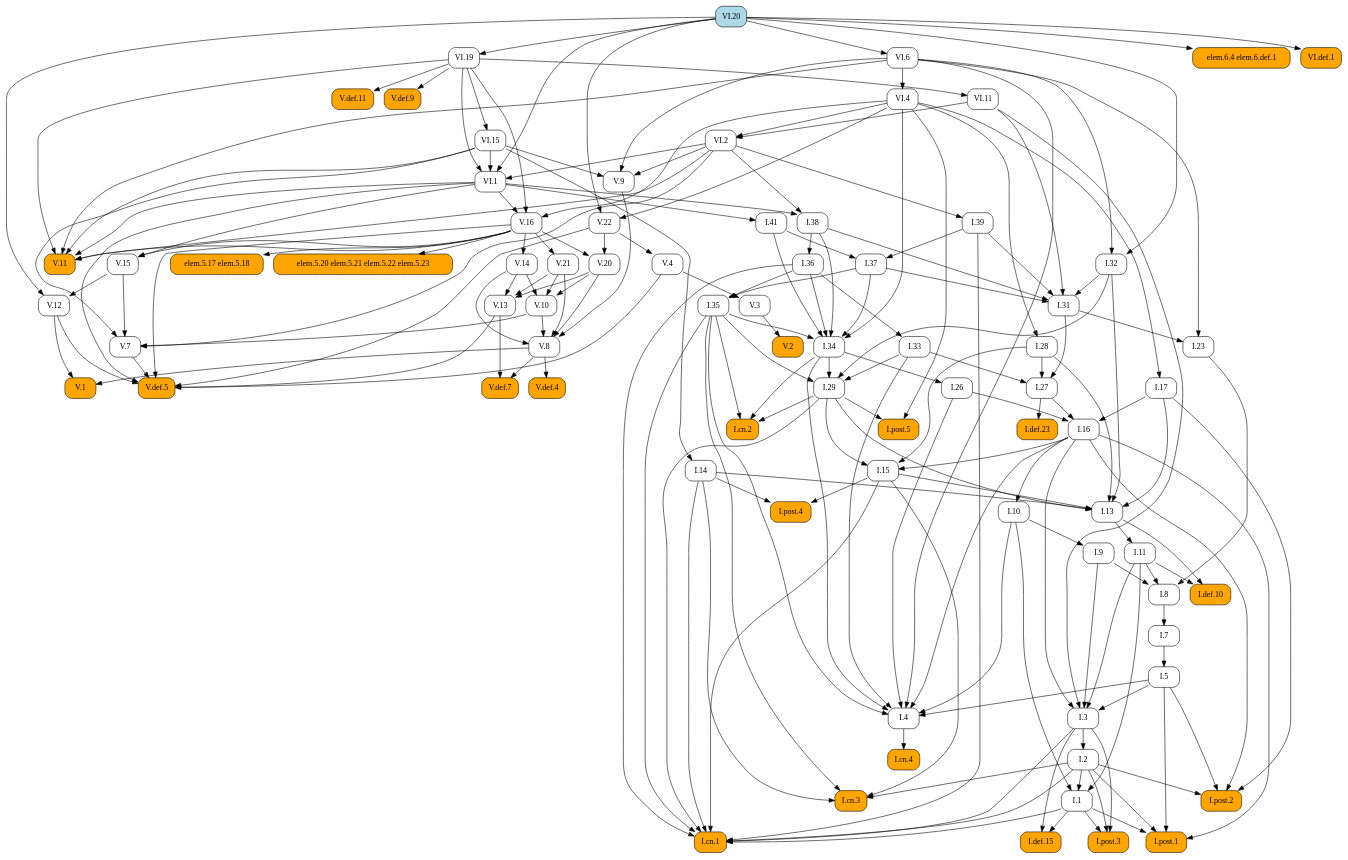
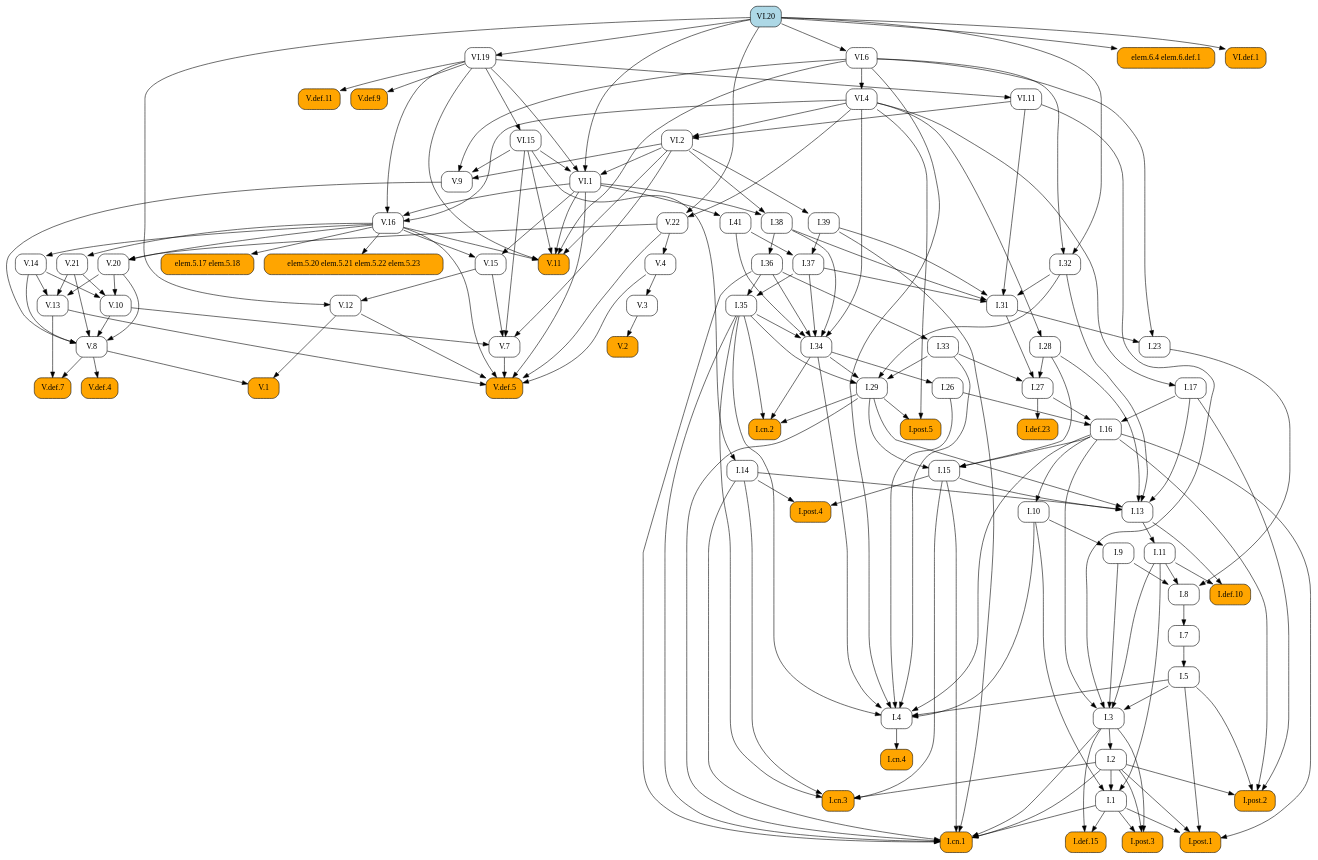
The diagram in docsrc/elements2/VI/20/index.rst (geometor/elements), drawn with Graphviz before and after one commit. The commit also changed other lines of this file and 409 other files, not shown here.

First line of the commit message:
feat: Add image cropping and graphic extraction script

```diff
--- a/docsrc/elements2/VI/20/index.rst
+++ b/docsrc/elements2/VI/20/index.rst
@@ -163,223 +163,107 @@
    digraph {
      rankdir="TB";
      node [shape=box, style=rounded];
+     "I.31" [URL="/elements2/I/31/", target="_top"];
+     "I.41" [URL="/elements2/I/41/", target="_top"];
+     "V.10" [URL="/elements2/V/10/", target="_top"];
+     "I.8" [URL="/elements2/I/8/", target="_top"];
+     "I.15" [URL="/elements2/I/15/", target="_top"];
+     "VI.1" [URL="/elements2/VI/1/", target="_top"];
+     "V.8" [URL="/elements2/V/8/", target="_top"];
+     "I.26" [URL="/elements2/I/26/", target="_top"];
+     "I.cn.1" [style="rounded,filled", fillcolor=orange, URL="/elements2/I/cn.1/", target="_top"];
+     "elem.5.20 elem.5.21 elem.5.22 elem.5.23" [style="rounded,filled", fillcolor=orange];
+     "VI.11" [URL="/elements2/VI/11/", target="_top"];
+     "I.28" [URL="/elements2/I/28/", target="_top"];
+     "V.def.5" [style="rounded,filled", fillcolor=orange, URL="/elements2/V/def.5/", target="_top"];
+     "I.16" [URL="/elements2/I/16/", target="_top"];
+     "I.35" [URL="/elements2/I/35/", target="_top"];
+     "I.34" [URL="/elements2/I/34/", target="_top"];
+     "VI.4" [URL="/elements2/VI/4/", target="_top"];
+     "I.33" [URL="/elements2/I/33/", target="_top"];
+     "V.15" [URL="/elements2/V/15/", target="_top"];
+     "V.4" [URL="/elements2/V/4/", target="_top"];
+     "V.3" [URL="/elements2/V/3/", target="_top"];
+     "V.14" [URL="/elements2/V/14/", target="_top"];
+     "elem.5.17 elem.5.18" [style="rounded,filled", fillcolor=orange];
+     "I.def.15" [style="rounded,filled", fillcolor=orange, URL="/elements2/I/def.15/", target="_top"];
+     "I.11" [URL="/elements2/I/11/", target="_top"];
+     "I.14" [URL="/elements2/I/14/", target="_top"];
+     "V.11" [style="rounded,filled", fillcolor=orange, URL="/elements2/V/11/", target="_top"];
+     "I.cn.3" [style="rounded,filled", fillcolor=orange, URL="/elements2/I/cn.3/", target="_top"];
+     "I.9" [URL="/elements2/I/9/", target="_top"];
+     "I.29" [URL="/elements2/I/29/", target="_top"];
+     "V.13" [URL="/elements2/V/13/", target="_top"];
+     "I.36" [URL="/elements2/I/36/", target="_top"];
+     "I.post.1" [style="rounded,filled", fillcolor=orange, URL="/elements2/I/post.1/", target="_top"];
+     "V.def.11" [style="rounded,filled", fillcolor=orange, URL="/elements2/V/def.11/", target="_top"];
+     "V.def.4" [style="rounded,filled", fillcolor=orange, URL="/elements2/V/def.4/", target="_top"];
+     "VI.2" [URL="/elements2/VI/2/", target="_top"];
+     "I.27" [URL="/elements2/I/27/", target="_top"];
+     "V.1" [style="rounded,filled", fillcolor=orange, URL="/elements2/V/1/", target="_top"];
+     "elem.6.4 elem.6.def.1" [style="rounded,filled", fillcolor=orange];
+     "I.post.4" [style="rounded,filled", fillcolor=orange, URL="/elements2/I/post.4/", target="_top"];
+     "I.cn.2" [style="rounded,filled", fillcolor=orange, URL="/elements2/I/cn.2/", target="_top"];
+     "V.7" [URL="/elements2/V/7/", target="_top"];
+     "I.cn.4" [style="rounded,filled", fillcolor=orange, URL="/elements2/I/cn.4/", target="_top"];
+     "I.37" [URL="/elements2/I/37/", target="_top"];
+     "V.21" [URL="/elements2/V/21/", target="_top"];
+     "VI.19" [URL="/elements2/VI/19/", target="_top"];
+     "I.5" [URL="/elements2/I/5/", target="_top"];
+     "V.def.7" [style="rounded,filled", fillcolor=orange, URL="/elements2/V/def.7/", target="_top"];
+     "V.12" [URL="/elements2/V/12/", target="_top"];
+     "V.def.9" [style="rounded,filled", fillcolor=orange, URL="/elements2/V/def.9/", target="_top"];
+     "I.17" [URL="/elements2/I/17/", target="_top"];
+     "VI.20" [style="rounded,filled", fillcolor=lightblue, URL="/elements2/VI/20/", target="_top"];
+     "I.32" [URL="/elements2/I/32/", target="_top"];
+     "I.7" [URL="/elements2/I/7/", target="_top"];
+     "I.23" [URL="/elements2/I/23/", target="_top"];
+     "VI.15" [URL="/elements2/VI/15/", target="_top"];
+     "V.9" [URL="/elements2/V/9/", target="_top"];
+     "VI.6" [URL="/elements2/VI/6/", target="_top"];
+     "V.2" [style="rounded,filled", fillcolor=orange, URL="/elements2/V/2/", target="_top"];
+     "I.38" [URL="/elements2/I/38/", target="_top"];
      "V.20" [URL="/elements2/V/20/", target="_top"];
-     "I.8" [URL="/elements2/I/8/", target="_top"];
-     "VI.19" [URL="/elements2/VI/19/", target="_top"];
-     "VI.15" [URL="/elements2/VI/15/", target="_top"];
-     "I.36" [URL="/elements2/I/36/", target="_top"];
-     "V.def.5" [style="rounded,filled", fillcolor=orange, URL="/elements2/V/def.5/", target="_top"];
-     "I.38" [URL="/elements2/I/38/", target="_top"];
+     "I.def.10" [style="rounded,filled", fillcolor=orange, URL="/elements2/I/def.10/", target="_top"];
+     "I.def.23" [style="rounded,filled", fillcolor=orange, URL="/elements2/I/def.23/", target="_top"];
+     "V.16" [URL="/elements2/V/16/", target="_top"];
      "I.post.5" [style="rounded,filled", fillcolor=orange, URL="/elements2/I/post.5/", target="_top"];
-     "I.def.10" [style="rounded,filled", fillcolor=orange, URL="/elements2/I/def.10/", target="_top"];
-     "I.cn.2" [style="rounded,filled", fillcolor=orange, URL="/elements2/I/cn.2/", target="_top"];
-     "VI.11" [URL="/elements2/VI/11/", target="_top"];
-     "V.4" [URL="/elements2/V/4/", target="_top"];
-     "elem.6.4 elem.6.def.1" [style="rounded,filled", fillcolor=orange];
-     "VI.20" [style="rounded,filled", fillcolor=lightblue, URL="/elements2/VI/20/", target="_top"];
-     "I.31" [URL="/elements2/I/31/", target="_top"];
+     "I.3" [URL="/elements2/I/3/", target="_top"];
+     "I.10" [URL="/elements2/I/10/", target="_top"];
+     "I.13" [URL="/elements2/I/13/", target="_top"];
+     "I.4" [URL="/elements2/I/4/", target="_top"];
+     "I.post.3" [style="rounded,filled", fillcolor=orange, URL="/elements2/I/post.3/", target="_top"];
+     "I.39" [URL="/elements2/I/39/", target="_top"];
+     "I.2" [URL="/elements2/I/2/", target="_top"];
+     "VI.def.1" [style="rounded,filled", fillcolor=orange, URL="/elements2/VI/def.1/", target="_top"];
+     "I.1" [URL="/elements2/I/1/", target="_top"];
      "I.post.2" [style="rounded,filled", fillcolor=orange, URL="/elements2/I/post.2/", target="_top"];
-     "I.def.23" [style="rounded,filled", fillcolor=orange, URL="/elements2/I/def.23/", target="_top"];
-     "I.26" [URL="/elements2/I/26/", target="_top"];
-     "V.3" [URL="/elements2/V/3/", target="_top"];
-     "I.cn.3" [style="rounded,filled", fillcolor=orange, URL="/elements2/I/cn.3/", target="_top"];
-     "V.2" [style="rounded,filled", fillcolor=orange, URL="/elements2/V/2/", target="_top"];
-     "V.12" [URL="/elements2/V/12/", target="_top"];
      "V.22" [URL="/elements2/V/22/", target="_top"];
-     "I.41" [URL="/elements2/I/41/", target="_top"];
-     "I.35" [URL="/elements2/I/35/", target="_top"];
-     "I.28" [URL="/elements2/I/28/", target="_top"];
-     "I.27" [URL="/elements2/I/27/", target="_top"];
-     "I.4" [URL="/elements2/I/4/", target="_top"];
-     "V.8" [URL="/elements2/V/8/", target="_top"];
-     "VI.2" [URL="/elements2/VI/2/", target="_top"];
-     "I.39" [URL="/elements2/I/39/", target="_top"];
-     "I.15" [URL="/elements2/I/15/", target="_top"];
-     "V.def.11" [style="rounded,filled", fillcolor=orange, URL="/elements2/V/def.11/", target="_top"];
-     "I.34" [URL="/elements2/I/34/", target="_top"];
-     "I.post.3" [style="rounded,filled", fillcolor=orange, URL="/elements2/I/post.3/", target="_top"];
-     "I.32" [URL="/elements2/I/32/", target="_top"];
-     "V.def.4" [style="rounded,filled", fillcolor=orange, URL="/elements2/V/def.4/", target="_top"];
-     "I.14" [URL="/elements2/I/14/", target="_top"];
-     "I.post.1" [style="rounded,filled", fillcolor=orange, URL="/elements2/I/post.1/", target="_top"];
-     "I.33" [URL="/elements2/I/33/", target="_top"];
-     "I.5" [URL="/elements2/I/5/", target="_top"];
-     "elem.5.17 elem.5.18" [style="rounded,filled", fillcolor=orange];
-     "VI.1" [URL="/elements2/VI/1/", target="_top"];
-     "V.11" [style="rounded,filled", fillcolor=orange, URL="/elements2/V/11/", target="_top"];
-     "V.13" [URL="/elements2/V/13/", target="_top"];
-     "V.9" [URL="/elements2/V/9/", target="_top"];
-     "V.16" [URL="/elements2/V/16/", target="_top"];
-     "I.def.15" [style="rounded,filled", fillcolor=orange, URL="/elements2/I/def.15/", target="_top"];
-     "V.15" [URL="/elements2/V/15/", target="_top"];
-     "I.11" [URL="/elements2/I/11/", target="_top"];
-     "I.3" [URL="/elements2/I/3/", target="_top"];
-     "V.14" [URL="/elements2/V/14/", target="_top"];
-     "VI.4" [URL="/elements2/VI/4/", target="_top"];
-     "V.10" [URL="/elements2/V/10/", target="_top"];
-     "I.1" [URL="/elements2/I/1/", target="_top"];
-     "I.cn.4" [style="rounded,filled", fillcolor=orange, URL="/elements2/I/cn.4/", target="_top"];
-     "I.23" [URL="/elements2/I/23/", target="_top"];
-     "I.7" [URL="/elements2/I/7/", target="_top"];
-     "I.17" [URL="/elements2/I/17/", target="_top"];
-     "I.9" [URL="/elements2/I/9/", target="_top"];
-     "V.def.9" [style="rounded,filled", fillcolor=orange, URL="/elements2/V/def.9/", target="_top"];
-     "V.1" [style="rounded,filled", fillcolor=orange, URL="/elements2/V/1/", target="_top"];
-     "I.cn.1" [style="rounded,filled", fillcolor=orange, URL="/elements2/I/cn.1/", target="_top"];
-     "I.29" [URL="/elements2/I/29/", target="_top"];
-     "I.16" [URL="/elements2/I/16/", target="_top"];
-     "V.7" [URL="/elements2/V/7/", target="_top"];
-     "I.13" [URL="/elements2/I/13/", target="_top"];
-     "V.21" [URL="/elements2/V/21/", target="_top"];
-     "elem.5.20 elem.5.21 elem.5.22 elem.5.23" [style="rounded,filled", fillcolor=orange];
-     "I.post.4" [style="rounded,filled", fillcolor=orange, URL="/elements2/I/post.4/", target="_top"];
-     "VI.def.1" [style="rounded,filled", fillcolor=orange, URL="/elements2/VI/def.1/", target="_top"];
-     "I.2" [URL="/elements2/I/2/", target="_top"];
-     "I.37" [URL="/elements2/I/37/", target="_top"];
-     "I.10" [URL="/elements2/I/10/", target="_top"];
-     "V.def.7" [style="rounded,filled", fillcolor=orange, URL="/elements2/V/def.7/", target="_top"];
-     "VI.6" [URL="/elements2/VI/6/", target="_top"];
-     "V.16" -> "V.20";
-     "V.22" -> "V.20";
-     "I.9" -> "I.8";
-     "I.11" -> "I.8";
-     "I.23" -> "I.8";
-     "VI.20" -> "VI.19";
-     "VI.19" -> "VI.15";
-     "I.38" -> "I.36";
-     "V.4" -> "V.def.5";
-     "V.7" -> "V.def.5";
-     "V.12" -> "V.def.5";
-     "V.13" -> "V.def.5";
-     "V.16" -> "V.def.5";
-     "V.22" -> "V.def.5";
-     "VI.1" -> "V.def.5";
-     "VI.1" -> "I.38";
-     "VI.2" -> "I.38";
-     "I.29" -> "I.post.5";
-     "VI.4" -> "I.post.5";
-     "I.11" -> "I.def.10";
-     "I.13" -> "I.def.10";
-     "I.29" -> "I.cn.2";
-     "I.34" -> "I.cn.2";
-     "I.35" -> "I.cn.2";
-     "VI.19" -> "VI.11";
-     "V.22" -> "V.4";
-     "VI.20" -> "elem.6.4 elem.6.def.1";
      "I.32" -> "I.31";
      "I.37" -> "I.31";
      "I.38" -> "I.31";
      "I.39" -> "I.31";
      "VI.11" -> "I.31";
-     "I.2" -> "I.post.2";
-     "I.5" -> "I.post.2";
-     "I.16" -> "I.post.2";
-     "I.17" -> "I.post.2";
-     "I.27" -> "I.def.23";
-     "I.34" -> "I.26";
-     "V.4" -> "V.3";
-     "I.2" -> "I.cn.3";
-     "I.14" -> "I.cn.3";
-     "I.15" -> "I.cn.3";
-     "I.35" -> "I.cn.3";
-     "V.3" -> "V.2";
-     "V.15" -> "V.12";
-     "VI.20" -> "V.12";
-     "VI.4" -> "V.22";
-     "VI.20" -> "V.22";
      "VI.1" -> "I.41";
-     "I.36" -> "I.35";
-     "I.37" -> "I.35";
-     "VI.4" -> "I.28";
-     "I.28" -> "I.27";
-     "I.31" -> "I.27";
-     "I.33" -> "I.27";
-     "I.5" -> "I.4";
-     "I.10" -> "I.4";
-     "I.16" -> "I.4";
-     "I.26" -> "I.4";
-     "I.33" -> "I.4";
-     "I.34" -> "I.4";
-     "I.35" -> "I.4";
-     "VI.6" -> "I.4";
+     "V.14" -> "V.10";
+     "V.20" -> "V.10";
+     "V.21" -> "V.10";
+     "I.9" -> "I.8";
+     "I.11" -> "I.8";
+     "I.23" -> "I.8";
+     "I.16" -> "I.15";
+     "I.28" -> "I.15";
+     "I.29" -> "I.15";
+     "VI.2" -> "VI.1";
+     "VI.15" -> "VI.1";
+     "VI.19" -> "VI.1";
+     "VI.20" -> "VI.1";
      "V.9" -> "V.8";
      "V.10" -> "V.8";
      "V.14" -> "V.8";
      "V.20" -> "V.8";
      "V.21" -> "V.8";
-     "VI.4" -> "VI.2";
-     "VI.11" -> "VI.2";
-     "VI.2" -> "I.39";
-     "I.16" -> "I.15";
-     "I.28" -> "I.15";
-     "I.29" -> "I.15";
-     "VI.19" -> "V.def.11";
-     "I.35" -> "I.34";
-     "I.36" -> "I.34";
-     "I.37" -> "I.34";
-     "I.38" -> "I.34";
-     "I.41" -> "I.34";
-     "VI.4" -> "I.34";
-     "I.1" -> "I.post.3";
-     "I.2" -> "I.post.3";
-     "I.3" -> "I.post.3";
-     "VI.6" -> "I.32";
-     "VI.20" -> "I.32";
-     "V.8" -> "V.def.4";
-     "VI.15" -> "I.14";
-     "I.1" -> "I.post.1";
-     "I.2" -> "I.post.1";
-     "I.5" -> "I.post.1";
-     "I.16" -> "I.post.1";
-     "I.36" -> "I.33";
-     "I.7" -> "I.5";
-     "V.16" -> "elem.5.17 elem.5.18";
-     "VI.2" -> "VI.1";
-     "VI.15" -> "VI.1";
-     "VI.19" -> "VI.1";
-     "VI.20" -> "VI.1";
-     "V.16" -> "V.11";
-     "VI.1" -> "V.11";
-     "VI.2" -> "V.11";
-     "VI.6" -> "V.11";
-     "VI.15" -> "V.11";
-     "VI.19" -> "V.11";
-     "V.14" -> "V.13";
-     "V.20" -> "V.13";
-     "V.21" -> "V.13";
-     "VI.2" -> "V.9";
-     "VI.6" -> "V.9";
-     "VI.15" -> "V.9";
-     "VI.1" -> "V.16";
-     "VI.4" -> "V.16";
-     "VI.19" -> "V.16";
-     "I.1" -> "I.def.15";
-     "I.3" -> "I.def.15";
-     "V.16" -> "V.15";
-     "VI.1" -> "V.15";
-     "I.13" -> "I.11";
-     "I.5" -> "I.3";
-     "I.9" -> "I.3";
-     "I.11" -> "I.3";
-     "I.16" -> "I.3";
-     "VI.11" -> "I.3";
-     "V.16" -> "V.14";
-     "VI.6" -> "VI.4";
-     "V.14" -> "V.10";
-     "V.20" -> "V.10";
-     "V.21" -> "V.10";
-     "I.2" -> "I.1";
-     "I.10" -> "I.1";
-     "I.11" -> "I.1";
-     "I.4" -> "I.cn.4";
-     "I.31" -> "I.23";
-     "VI.6" -> "I.23";
-     "I.8" -> "I.7";
-     "VI.4" -> "I.17";
-     "I.10" -> "I.9";
-     "VI.19" -> "V.def.9";
-     "V.8" -> "V.1";
-     "V.12" -> "V.1";
+     "I.34" -> "I.26";
      "I.1" -> "I.cn.1";
      "I.2" -> "I.cn.1";
      "I.3" -> "I.cn.1";
@@ -389,33 +273,149 @@
      "I.35" -> "I.cn.1";
      "I.36" -> "I.cn.1";
      "I.39" -> "I.cn.1";
+     "V.16" -> "elem.5.20 elem.5.21 elem.5.22 elem.5.23";
+     "VI.19" -> "VI.11";
+     "VI.4" -> "I.28";
+     "V.4" -> "V.def.5";
+     "V.7" -> "V.def.5";
+     "V.12" -> "V.def.5";
+     "V.13" -> "V.def.5";
+     "V.16" -> "V.def.5";
+     "V.22" -> "V.def.5";
+     "VI.1" -> "V.def.5";
+     "I.17" -> "I.16";
+     "I.26" -> "I.16";
+     "I.27" -> "I.16";
+     "I.36" -> "I.35";
+     "I.37" -> "I.35";
+     "I.35" -> "I.34";
+     "I.36" -> "I.34";
+     "I.37" -> "I.34";
+     "I.38" -> "I.34";
+     "I.41" -> "I.34";
+     "VI.4" -> "I.34";
+     "VI.6" -> "VI.4";
+     "I.36" -> "I.33";
+     "V.16" -> "V.15";
+     "VI.1" -> "V.15";
+     "V.22" -> "V.4";
+     "V.4" -> "V.3";
+     "V.16" -> "V.14";
+     "V.16" -> "elem.5.17 elem.5.18";
+     "I.1" -> "I.def.15";
+     "I.3" -> "I.def.15";
+     "I.13" -> "I.11";
+     "VI.15" -> "I.14";
+     "V.16" -> "V.11";
+     "VI.1" -> "V.11";
+     "VI.2" -> "V.11";
+     "VI.6" -> "V.11";
+     "VI.15" -> "V.11";
+     "VI.19" -> "V.11";
+     "I.2" -> "I.cn.3";
+     "I.14" -> "I.cn.3";
+     "I.15" -> "I.cn.3";
+     "I.35" -> "I.cn.3";
+     "I.10" -> "I.9";
      "I.32" -> "I.29";
      "I.33" -> "I.29";
      "I.34" -> "I.29";
      "I.35" -> "I.29";
-     "I.17" -> "I.16";
-     "I.26" -> "I.16";
-     "I.27" -> "I.16";
+     "V.14" -> "V.13";
+     "V.20" -> "V.13";
+     "V.21" -> "V.13";
+     "I.38" -> "I.36";
+     "I.1" -> "I.post.1";
+     "I.2" -> "I.post.1";
+     "I.5" -> "I.post.1";
+     "I.16" -> "I.post.1";
+     "VI.19" -> "V.def.11";
+     "V.8" -> "V.def.4";
+     "VI.4" -> "VI.2";
+     "VI.11" -> "VI.2";
+     "I.28" -> "I.27";
+     "I.31" -> "I.27";
+     "I.33" -> "I.27";
+     "V.8" -> "V.1";
+     "V.12" -> "V.1";
+     "VI.20" -> "elem.6.4 elem.6.def.1";
+     "I.14" -> "I.post.4";
+     "I.15" -> "I.post.4";
+     "I.29" -> "I.cn.2";
+     "I.34" -> "I.cn.2";
+     "I.35" -> "I.cn.2";
      "V.10" -> "V.7";
      "V.15" -> "V.7";
      "VI.2" -> "V.7";
      "VI.15" -> "V.7";
+     "I.4" -> "I.cn.4";
+     "I.39" -> "I.37";
+     "I.41" -> "I.37";
+     "V.16" -> "V.21";
+     "VI.20" -> "VI.19";
+     "I.7" -> "I.5";
+     "V.8" -> "V.def.7";
+     "V.13" -> "V.def.7";
+     "V.15" -> "V.12";
+     "VI.20" -> "V.12";
+     "VI.19" -> "V.def.9";
+     "VI.4" -> "I.17";
+     "VI.6" -> "I.32";
+     "VI.20" -> "I.32";
+     "I.8" -> "I.7";
+     "I.31" -> "I.23";
+     "VI.6" -> "I.23";
+     "VI.19" -> "VI.15";
+     "VI.2" -> "V.9";
+     "VI.6" -> "V.9";
+     "VI.15" -> "V.9";
+     "VI.20" -> "VI.6";
+     "V.3" -> "V.2";
+     "VI.1" -> "I.38";
+     "VI.2" -> "I.38";
+     "V.16" -> "V.20";
+     "V.22" -> "V.20";
+     "I.11" -> "I.def.10";
+     "I.13" -> "I.def.10";
+     "I.27" -> "I.def.23";
+     "VI.1" -> "V.16";
+     "VI.4" -> "V.16";
+     "VI.19" -> "V.16";
+     "I.29" -> "I.post.5";
+     "VI.4" -> "I.post.5";
+     "I.5" -> "I.3";
+     "I.9" -> "I.3";
+     "I.11" -> "I.3";
+     "I.16" -> "I.3";
+     "VI.11" -> "I.3";
+     "I.16" -> "I.10";
      "I.14" -> "I.13";
      "I.15" -> "I.13";
      "I.17" -> "I.13";
      "I.28" -> "I.13";
      "I.29" -> "I.13";
      "I.32" -> "I.13";
-     "V.16" -> "V.21";
-     "V.16" -> "elem.5.20 elem.5.21 elem.5.22 elem.5.23";
-     "I.14" -> "I.post.4";
-     "I.15" -> "I.post.4";
+     "I.5" -> "I.4";
+     "I.10" -> "I.4";
+     "I.16" -> "I.4";
+     "I.26" -> "I.4";
+     "I.33" -> "I.4";
+     "I.34" -> "I.4";
+     "I.35" -> "I.4";
+     "VI.6" -> "I.4";
+     "I.1" -> "I.post.3";
+     "I.2" -> "I.post.3";
+     "I.3" -> "I.post.3";
+     "VI.2" -> "I.39";
+     "I.3" -> "I.2";
      "VI.20" -> "VI.def.1";
-     "I.3" -> "I.2";
-     "I.39" -> "I.37";
-     "I.41" -> "I.37";
-     "I.16" -> "I.10";
-     "V.8" -> "V.def.7";
-     "V.13" -> "V.def.7";
-     "VI.20" -> "VI.6";
+     "I.2" -> "I.1";
+     "I.10" -> "I.1";
+     "I.11" -> "I.1";
+     "I.2" -> "I.post.2";
+     "I.5" -> "I.post.2";
+     "I.16" -> "I.post.2";
+     "I.17" -> "I.post.2";
+     "VI.4" -> "V.22";
+     "VI.20" -> "V.22";
    }
```
